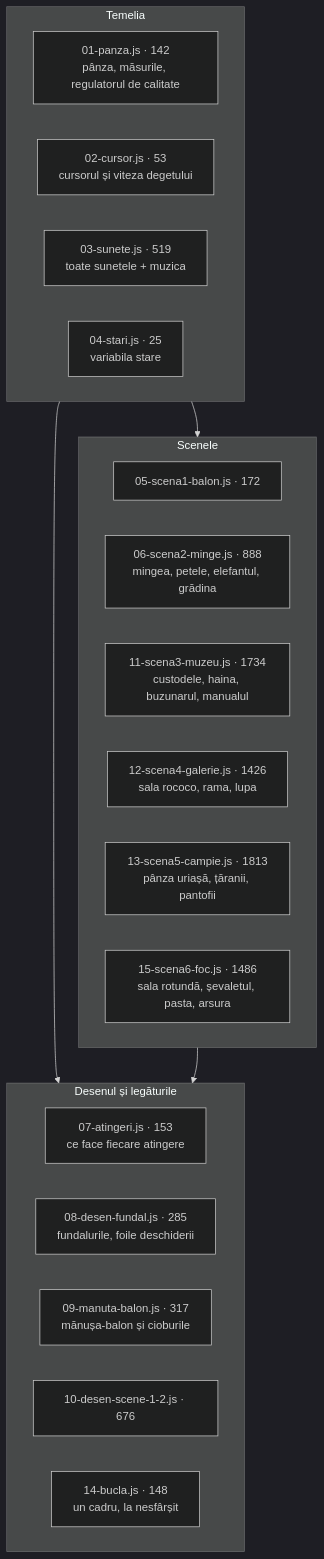
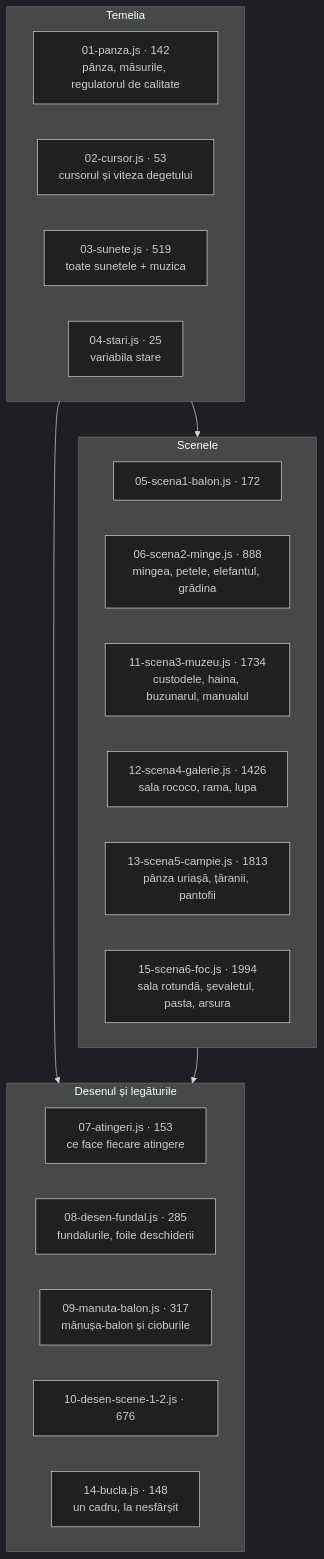
Before and after one commit to Whit3G9dNess/Viata-dintr-o-atingere: the sixth of 9 diagrams in ARCHITECTURE.md, drawn with Mermaid (dark theme). The commit also changed other lines of this file and 3 other files, not shown here.

````diff
--- a/ARCHITECTURE.md
+++ b/ARCHITECTURE.md
@@ -189,27 +224,27 @@
 ```mermaid
 flowchart TB
   subgraph T["Temelia"]
     A1["01-panza.js · 142<br/>pânza, măsurile, regulatorul de calitate"]
     A2["02-cursor.js · 53<br/>cursorul și viteza degetului"]
     A3["03-sunete.js · 519<br/>toate sunetele + muzica"]
     A4["04-stari.js · 25<br/>variabila stare"]
   end
   subgraph S["Scenele"]
     B5["05-scena1-balon.js · 172"]
     B6["06-scena2-minge.js · 888<br/>mingea, petele, elefantul, grădina"]
     B11["11-scena3-muzeu.js · 1734<br/>custodele, haina, buzunarul, manualul"]
     B12["12-scena4-galerie.js · 1426<br/>sala rococo, rama, lupa"]
     B13["13-scena5-campie.js · 1813<br/>pânza uriașă, țăranii, pantofii"]
-    B15["15-scena6-foc.js · 1486<br/>sala rotundă, șevaletul, pasta, arsura"]
+    B15["15-scena6-foc.js · 1994<br/>sala rotundă, șevaletul, pasta, arsura"]
   end
   subgraph D["Desenul și legăturile"]
     C7["07-atingeri.js · 153<br/>ce face fiecare atingere"]
     C8["08-desen-fundal.js · 285<br/>fundalurile, foile deschiderii"]
     C9["09-manuta-balon.js · 317<br/>mănușa-balon și cioburile"]
     C10["10-desen-scene-1-2.js · 676"]
     C14["14-bucla.js · 148<br/>un cadru, la nesfârșit"]
   end
   T --> S
   T --> D
   S --> D
 ```
````
